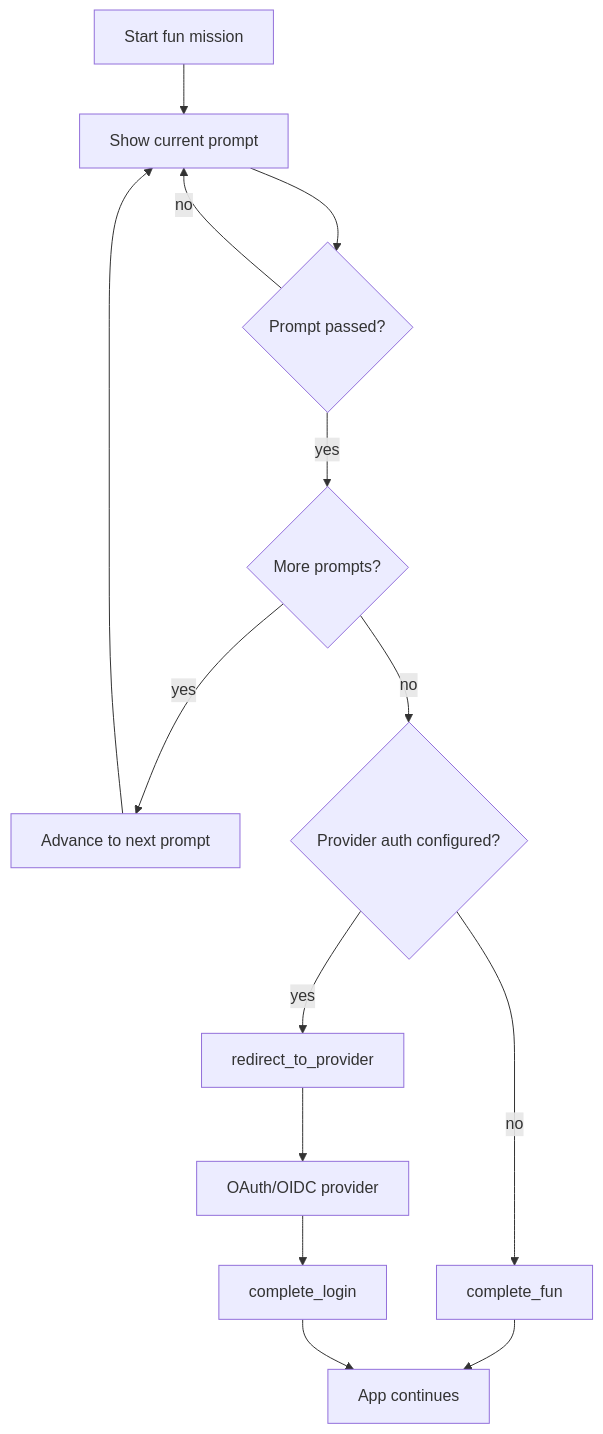
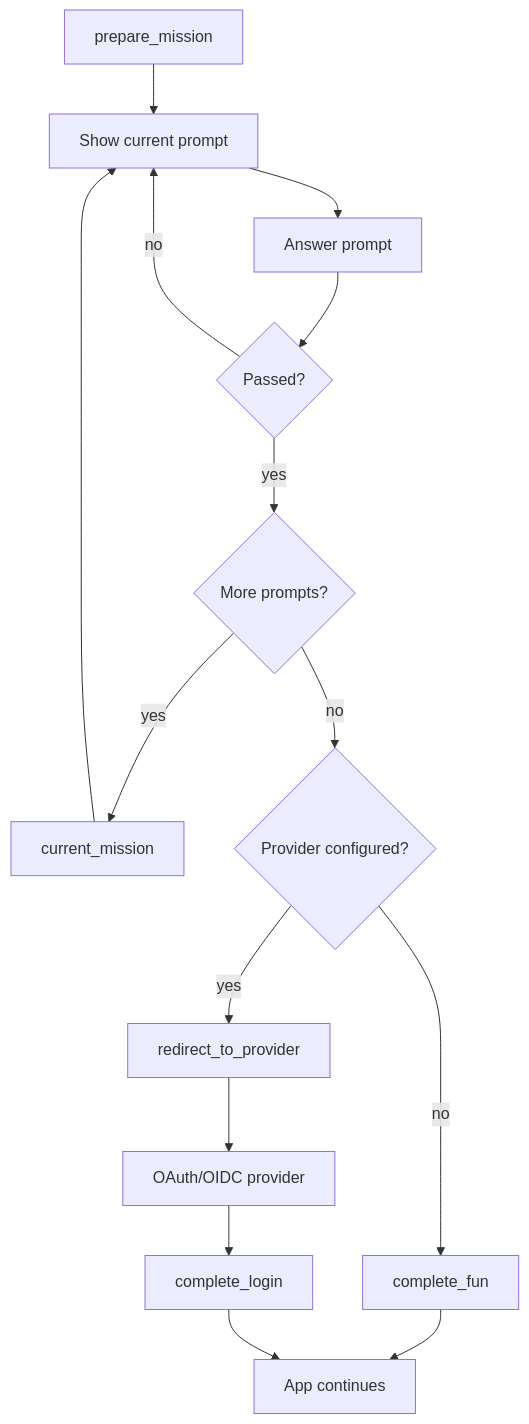
The diagram in README.md (MichelPhilippin/funthenticate), drawn with Mermaid before and after one commit. The commit also changed other lines of this file and 2 other files, not shown here.

````diff
--- a/README.md
+++ b/README.md
@@ -42,16 +141,17 @@
 ```mermaid
 flowchart TD
-    A[Start fun mission] --> B[Show current prompt]
-    B --> C{Prompt passed?}
-    C -- no --> B
-    C -- yes --> D{More prompts?}
-    D -- yes --> E[Advance to next prompt]
-    E --> B
-    D -- no --> F{Provider auth configured?}
-    F -- no --> G[complete_fun]
-    F -- yes --> H[redirect_to_provider]
-    H --> I[OAuth/OIDC provider]
-    I --> J[complete_login]
-    G --> K[App continues]
-    J --> K
+    A[prepare_mission] --> B[Show current prompt]
+    B --> C[Answer prompt]
+    C --> D{Passed?}
+    D -- no --> B
+    D -- yes --> E{More prompts?}
+    E -- yes --> F[current_mission]
+    F --> B
+    E -- no --> G{Provider configured?}
+    G -- no --> H[complete_fun]
+    G -- yes --> I[redirect_to_provider]
+    I --> J[OAuth/OIDC provider]
+    J --> K[complete_login]
+    H --> L[App continues]
+    K --> L
 ```
````
